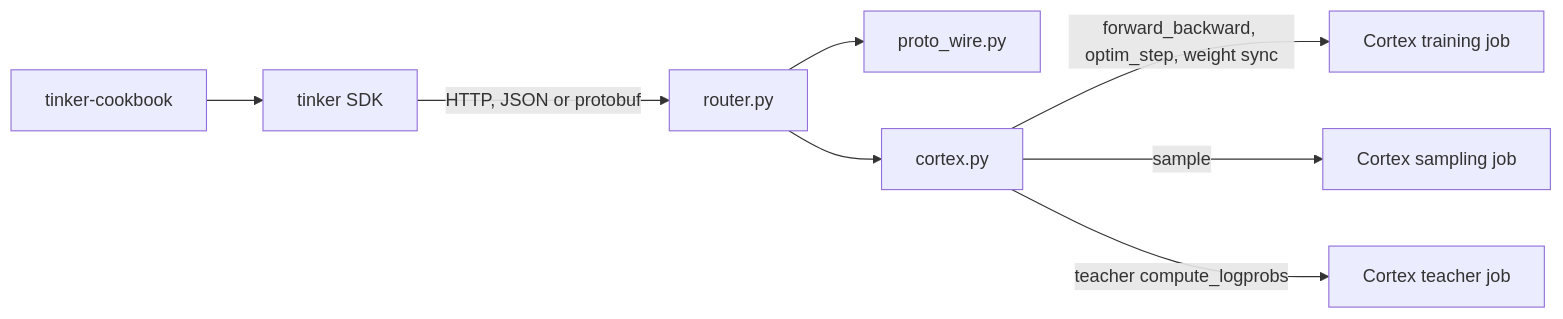
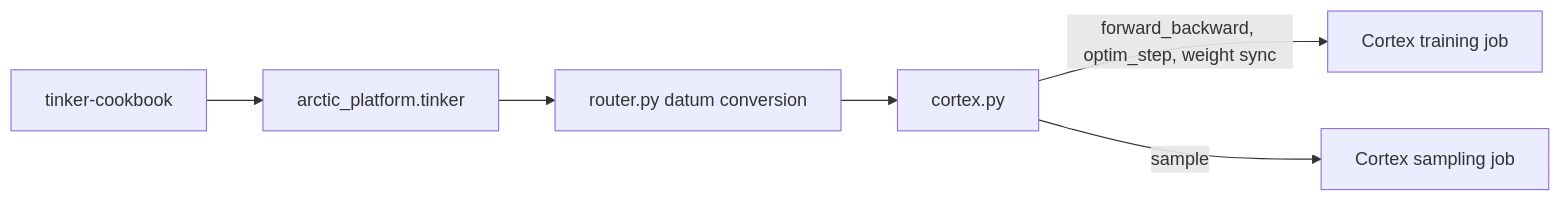
Before and after one commit to Snowflake-AI-Research/Arctic-Platform: the first of 2 diagrams in arctic_platform/integrations/tinker/README.md, drawn with Mermaid. The commit also changed other lines of this file and 5 other files, not shown here.

First line of the commit message:
feat(tinker): run cookbook recipes through arctic_platform.tinker

````diff
--- a/arctic_platform/integrations/tinker/README.md
+++ b/arctic_platform/integrations/tinker/README.md
@@ -13,10 +25,8 @@
 ```mermaid
 flowchart LR
-  cookbook["tinker-cookbook"] --> sdk["tinker SDK"]
-  sdk -->|"HTTP, JSON or protobuf"| router["router.py"]
-  router --> proto["proto_wire.py"]
+  cookbook["tinker-cookbook"] --> client["arctic_platform.tinker"]
+  client --> router["router.py datum conversion"]
   router --> cortex["cortex.py"]
   cortex -->|"forward_backward, optim_step, weight sync"| train["Cortex training job"]
   cortex -->|"sample"| sample["Cortex sampling job"]
-  cortex -->|"teacher compute_logprobs"| teacher["Cortex teacher job"]
 ```
````
